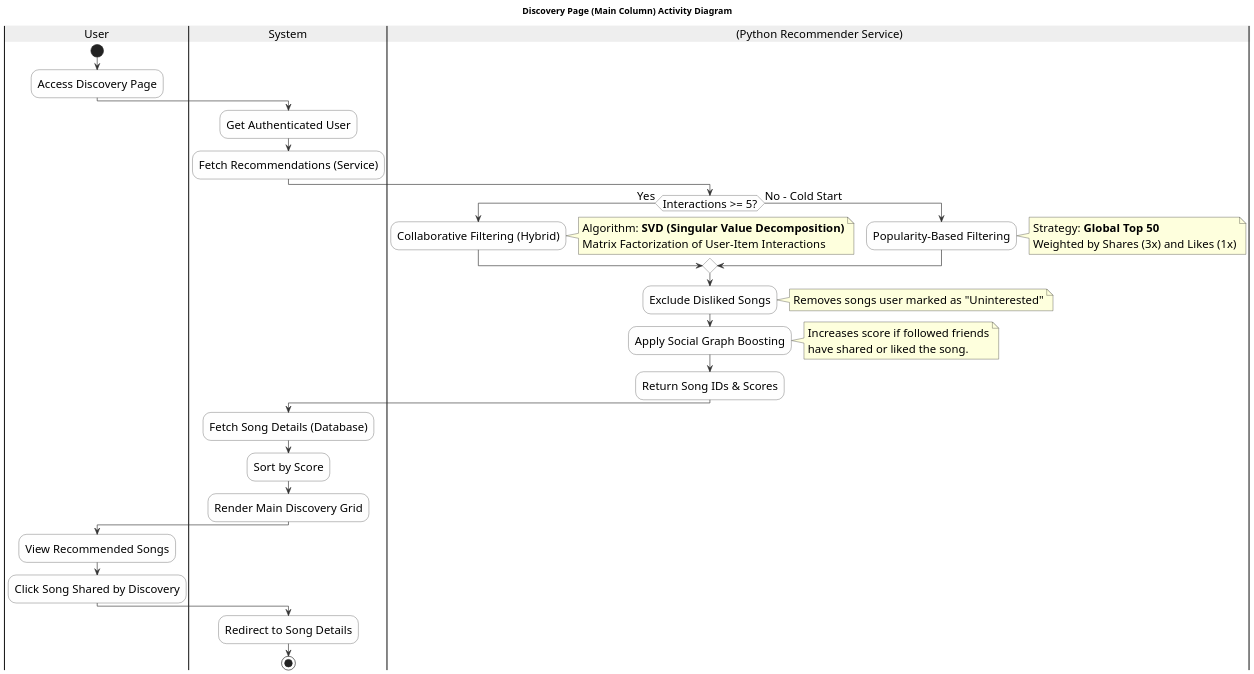
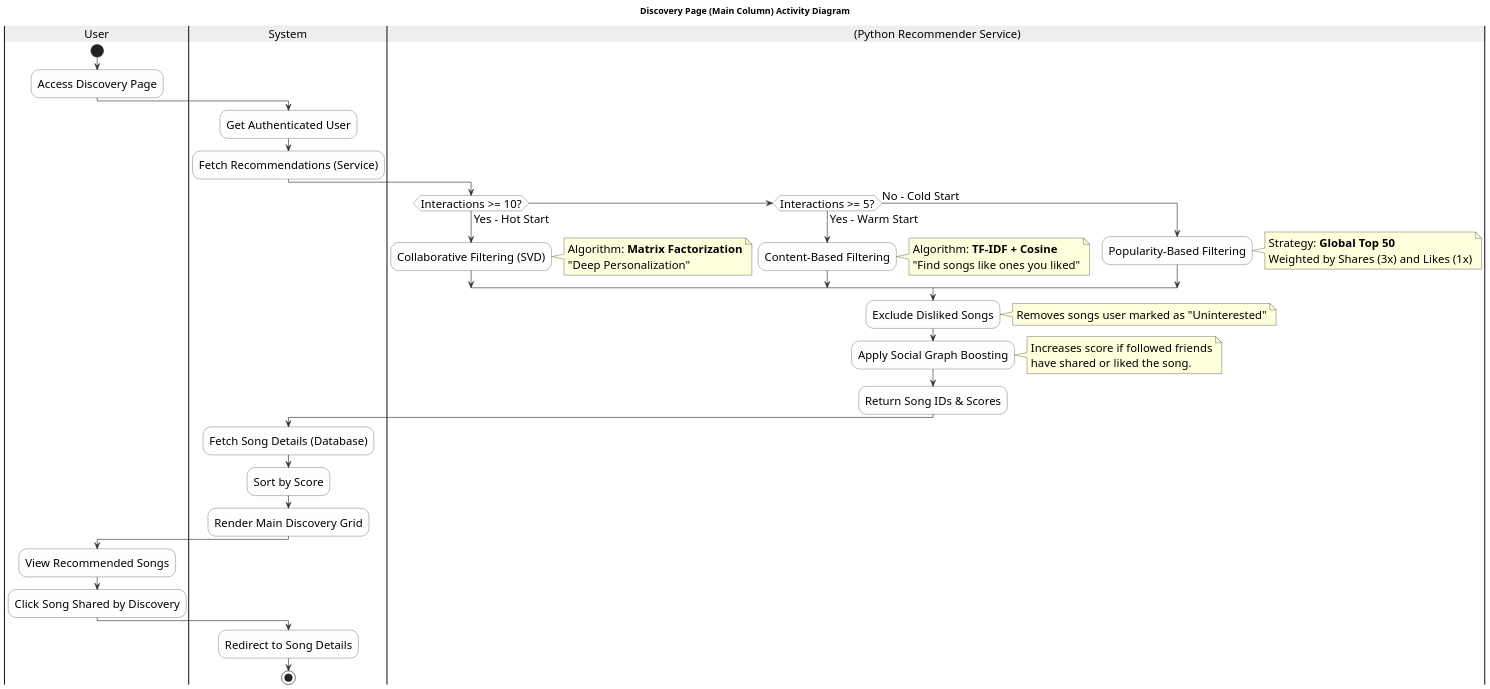
Before and after one commit to HeinreichMorphine/musicsocial: the diagram in activity_diagram_discovery.plantuml, drawn with PlantUML. The commit also changed 1 other file, not shown here.

Commit message:
Implement 3-phase recommendation strategy: Cold/Warm/Hot phases

```diff
--- a/activity_diagram_discovery.plantuml
+++ b/activity_diagram_discovery.plantuml
@@ -1,59 +1,65 @@
 @startuml
 title Discovery Page (Main Column) Activity Diagram
 skinparam swimlaneBorderColor black
 skinparam swimlaneTitleBackgroundColor #EEE
 skinparam activityBackgroundColor #FEFEFE
 skinparam activityArrowColor #333
 skinparam activityBorderColor #333
 skinparam nodesep 50
 skinparam ranksep 50
 scale 1.5
 skinparam defaultFontSize 18
 |User|
 |System| 
 |External_API| (Python Recommender Service)
 
 |User|
 start
 :Access Discovery Page;
 |System|
 :Get Authenticated User;
 :Fetch Recommendations (Service);
 
 |External_API|
-if (Interactions >= 5?) then (Yes)
-    :Collaborative Filtering (Hybrid);
+if (Interactions >= 10?) then (Yes - Hot Start)
+    :Collaborative Filtering (SVD);
     note right
-        Algorithm: **SVD (Singular Value Decomposition)**
-        Matrix Factorization of User-Item Interactions
+        Algorithm: **Matrix Factorization**
+        "Deep Personalization"
+    end note
+elseif (Interactions >= 5?) then (Yes - Warm Start)
+    :Content-Based Filtering;
+    note right
+        Algorithm: **TF-IDF + Cosine**
+        "Find songs like ones you liked"
     end note
 else (No - Cold Start)
     :Popularity-Based Filtering;
     note right
         Strategy: **Global Top 50**
         Weighted by Shares (3x) and Likes (1x)
     end note
 endif
 :Exclude Disliked Songs;
 note right
     Removes songs user marked as "Uninterested"
 end note
 :Apply Social Graph Boosting;
 note right
     Increases score if followed friends
     have shared or liked the song.
 end note
 :Return Song IDs & Scores;
 
 |System|
 :Fetch Song Details (Database);
 :Sort by Score;
 :Render Main Discovery Grid;
 
 |User|
 :View Recommended Songs;
 :Click Song Shared by Discovery;
 |System|
 :Redirect to Song Details;
 stop
 @enduml
```
